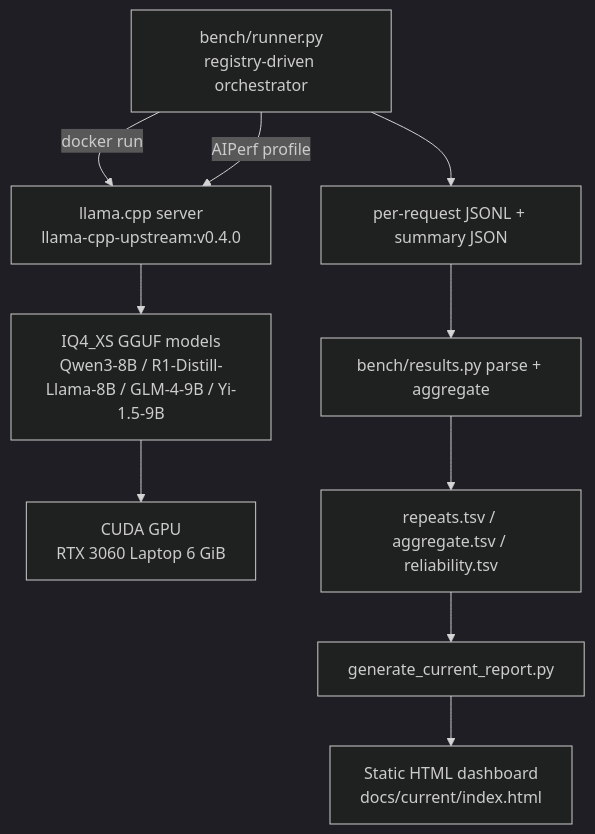
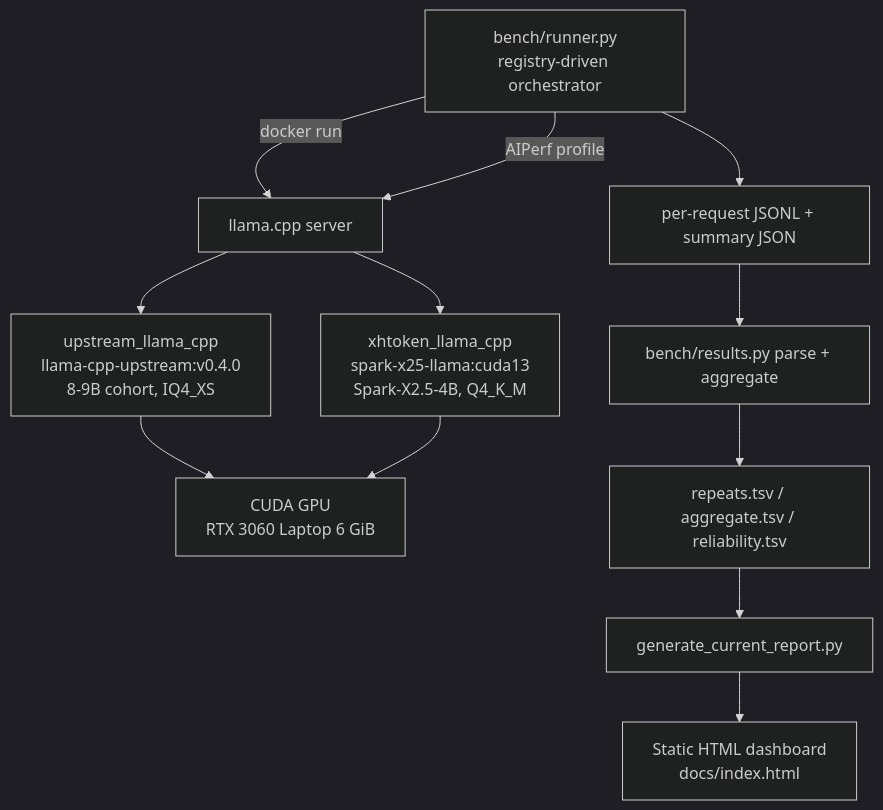
Before and after one commit to jfang2048/llm_benchmark: the diagram in docs/architecture.md, drawn with Mermaid (dark theme). The commit also changed other lines of this file and 6 other files, not shown here.

````diff
--- a/docs/architecture.md
+++ b/docs/architecture.md
@@ -10,12 +12,14 @@
 ```mermaid
 flowchart TD
-    A[bench/runner.py<br/>registry-driven orchestrator] -->|docker run| B[llama.cpp server<br/>llama-cpp-upstream:v0.4.0]
+    A[bench/runner.py<br/>registry-driven orchestrator] -->|docker run| B[llama.cpp server]
     A -->|AIPerf profile| B
-    B --> C[IQ4_XS GGUF models<br/>Qwen3-8B / R1-Distill-Llama-8B / GLM-4-9B / Yi-1.5-9B]
-    C --> D[CUDA GPU<br/>RTX 3060 Laptop 6 GiB]
-    A --> E[per-request JSONL + summary JSON]
-    E --> F[bench/results.py parse + aggregate]
-    F --> G[repeats.tsv / aggregate.tsv / reliability.tsv]
-    G --> H[generate_current_report.py]
-    H --> I[Static HTML dashboard<br/>docs/current/index.html]
+    B --> C[upstream_llama_cpp<br/>llama-cpp-upstream:v0.4.0<br/>8-9B cohort, IQ4_XS]
+    B --> D[xhtoken_llama_cpp<br/>spark-x25-llama:cuda13<br/>Spark-X2.5-4B, Q4_K_M]
+    C --> E[CUDA GPU<br/>RTX 3060 Laptop 6 GiB]
+    D --> E
+    A --> F[per-request JSONL + summary JSON]
+    F --> G[bench/results.py parse + aggregate]
+    G --> H[repeats.tsv / aggregate.tsv / reliability.tsv]
+    H --> I[generate_current_report.py]
+    I --> J[Static HTML dashboard<br/>docs/index.html]
 ```
````
